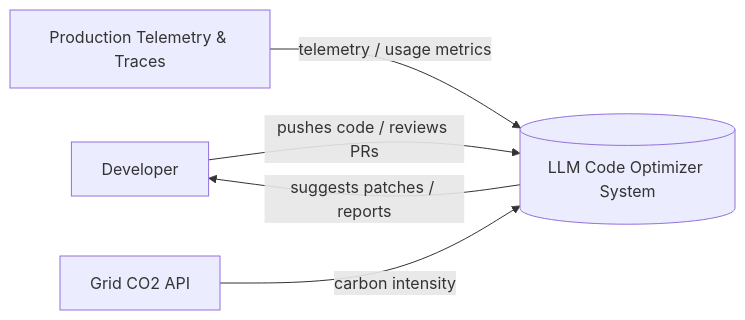
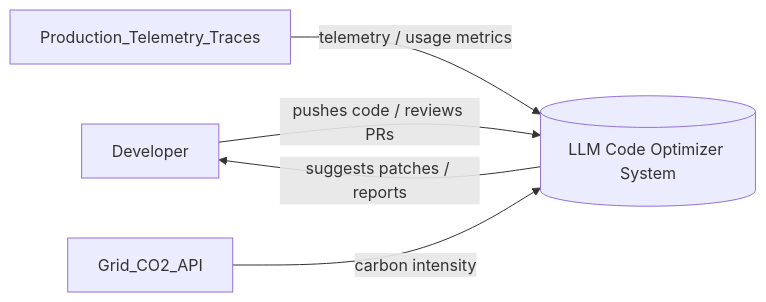
Before and after one commit to arjunsn-03/Code_optimizer_majorProject: the second of 5 diagrams in ARCHITECTURE.md, drawn with Mermaid. The commit also changed other lines of this file, not shown here.

````diff
--- a/ARCHITECTURE.md
+++ b/ARCHITECTURE.md
@@ -45,12 +45,12 @@
 ```mermaid
 flowchart LR
   Dev[Developer]
   System[(LLM Code Optimizer System)]
-  Prod[Production Telemetry & Traces]
-  Grid[Grid CO2 API]
+  Prod[Production_Telemetry_Traces]
+  Grid[Grid_CO2_API]
 
   Dev -->|pushes code / reviews PRs| System
   System -->|suggests patches / reports| Dev
   Prod -->|telemetry / usage metrics| System
   Grid -->|carbon intensity| System
 ```
````
